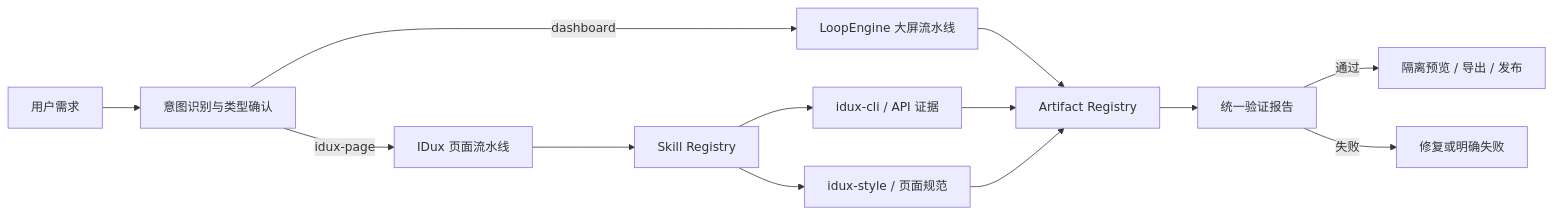
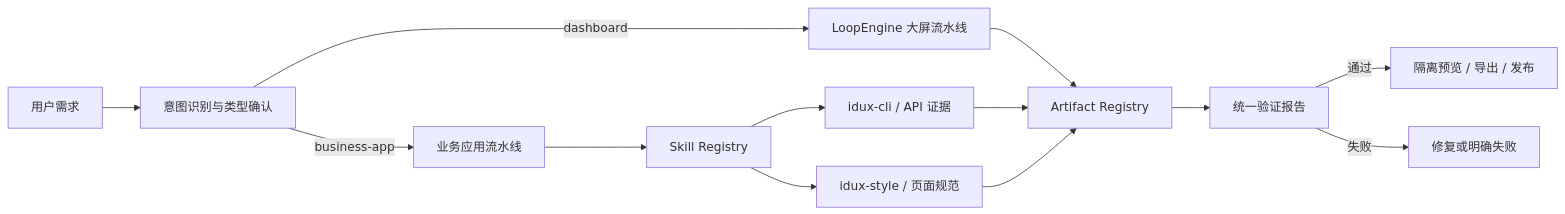
The first of 2 diagrams in docs/multi-artifact-architecture.md (Jouryjc/ai-dashboard), drawn with Mermaid before and after one commit. The commit also changed other lines of this file and 36 other files, not shown here.

Commit message:
refactor: rename idux page artifact to business app

````diff
--- a/docs/multi-artifact-architecture.md
+++ b/docs/multi-artifact-architecture.md
@@ -14,15 +14,15 @@
 ```mermaid
 flowchart LR
   U["用户需求"] --> I["意图识别与类型确认"]
   I -->|"dashboard"| D["LoopEngine 大屏流水线"]
-  I -->|"idux-page"| P["IDux 页面流水线"]
+  I -->|"business-app"| P["业务应用流水线"]
   D --> R["Artifact Registry"]
   P --> S["Skill Registry"]
   S --> A["idux-cli / API 证据"]
   S --> B["idux-style / 页面规范"]
   A --> R
   B --> R
   R --> V["统一验证报告"]
   V -->|"通过"| X["隔离预览 / 导出 / 发布"]
   V -->|"失败"| F["修复或明确失败"]
 ```
````
